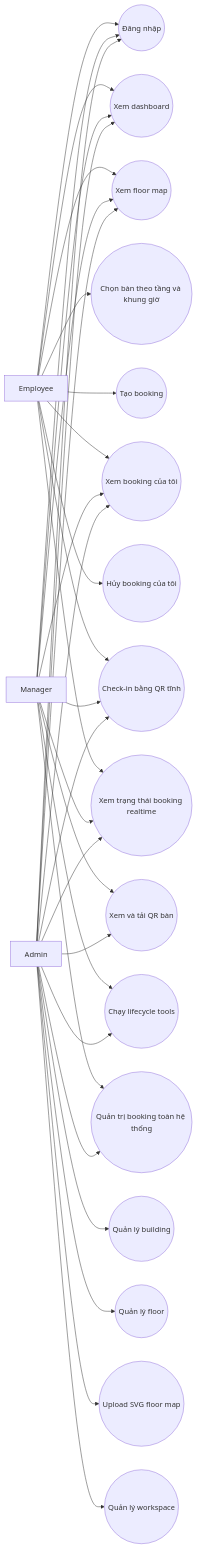
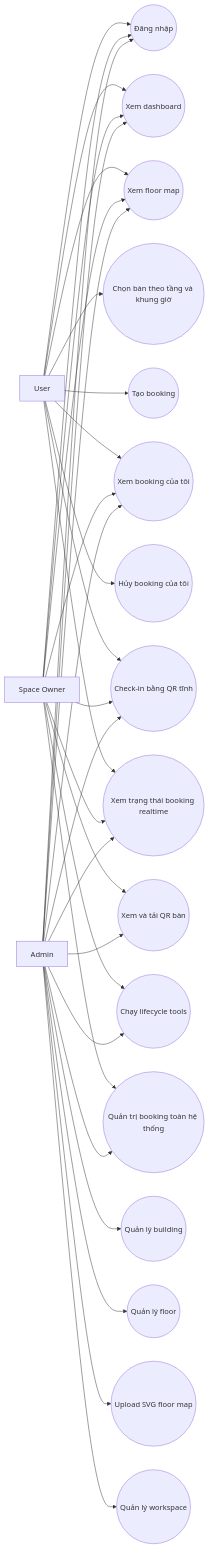
The diagram in Diagram/USE_CASE_MVP.md (tdt2114/Workspace-Booking), drawn with Mermaid before and after one commit. The commit also changed 58 other files, not shown here.

````diff
--- a/Diagram/USE_CASE_MVP.md
+++ b/Diagram/USE_CASE_MVP.md
@@ -26,58 +26,58 @@
 ```mermaid
 flowchart LR
-    employee[Employee]
-    manager[Manager]
+    user[User]
+    spaceOwner[Space Owner]
     admin[Admin]
 
     UC1((Đăng nhập))
     UC2((Xem dashboard))
     UC3((Xem floor map))
     UC4((Chọn bàn theo tầng và khung giờ))
     UC5((Tạo booking))
     UC6((Xem booking của tôi))
     UC7((Hủy booking của tôi))
     UC8((Check-in bằng QR tĩnh))
 
     UC9((Quản lý building))
     UC10((Quản lý floor))
     UC11((Upload SVG floor map))
     UC12((Quản lý workspace))
     UC13((Xem và tải QR bàn))
     UC14((Chạy lifecycle tools))
     UC15((Quản trị booking toàn hệ thống))
     UC16((Xem trạng thái booking realtime))
 
-    employee --> UC1
-    employee --> UC2
-    employee --> UC3
-    employee --> UC4
-    employee --> UC5
-    employee --> UC6
-    employee --> UC7
-    employee --> UC8
-    employee --> UC16
+    user --> UC1
+    user --> UC2
+    user --> UC3
+    user --> UC4
+    user --> UC5
+    user --> UC6
+    user --> UC7
+    user --> UC8
+    user --> UC16
 
-    manager --> UC1
-    manager --> UC2
-    manager --> UC3
-    manager --> UC6
-    manager --> UC8
-    manager --> UC13
-    manager --> UC14
-    manager --> UC15
-    manager --> UC16
+    spaceOwner --> UC1
+    spaceOwner --> UC2
+    spaceOwner --> UC3
+    spaceOwner --> UC6
+    spaceOwner --> UC8
+    spaceOwner --> UC13
+    spaceOwner --> UC14
+    spaceOwner --> UC15
+    spaceOwner --> UC16
 
     admin --> UC1
     admin --> UC2
     admin --> UC3
     admin --> UC6
     admin --> UC8
     admin --> UC9
     admin --> UC10
     admin --> UC11
     admin --> UC12
     admin --> UC13
     admin --> UC14
     admin --> UC15
     admin --> UC16
 ```
````
